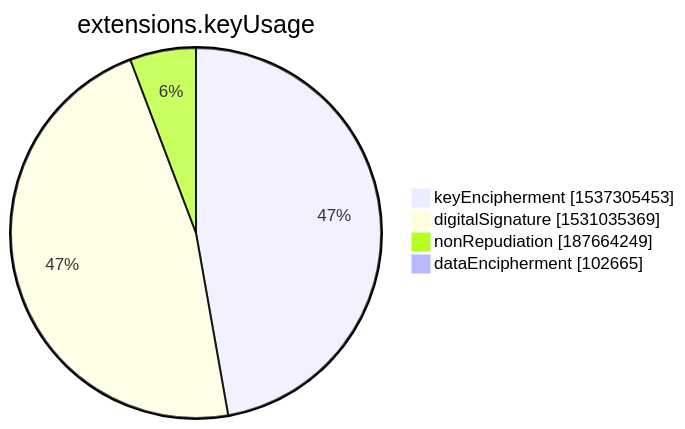
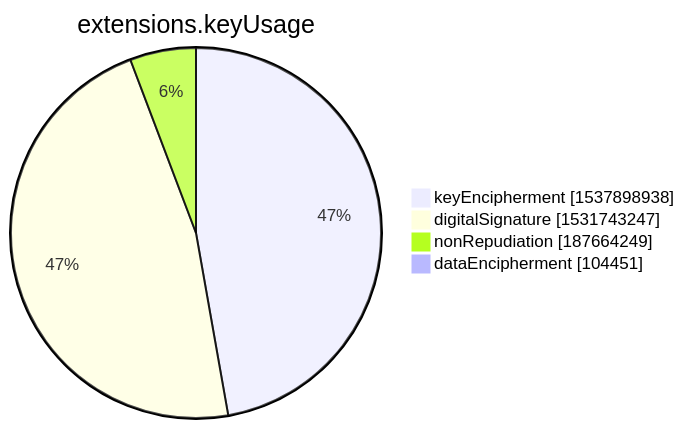
One commit to christiankrug/ctmonitor_visualization changed the seventh of 15 diagrams in xenon2022/README.md. Above: the diagram before and after it, drawn with Mermaid. The commit also changed other lines of this file, not shown here.

````diff
--- a/xenon2022/README.md
+++ b/xenon2022/README.md
@@ -2849,8 +2849,8 @@
 ```mermaid
 pie showData
 title extensions.keyUsage
-"keyEncipherment" :1537305453
-"digitalSignature" :1531035369
+"keyEncipherment" :1537898938
+"digitalSignature" :1531743247
 "nonRepudiation" :187664249
-"dataEncipherment" :102665
+"dataEncipherment" :104451
 ```
````
